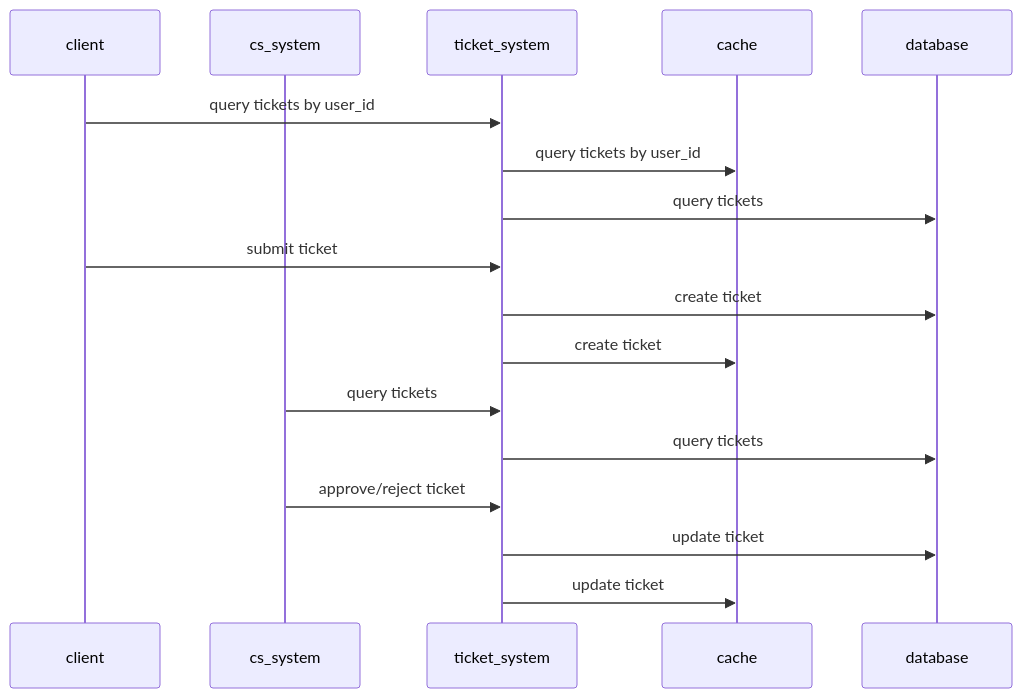
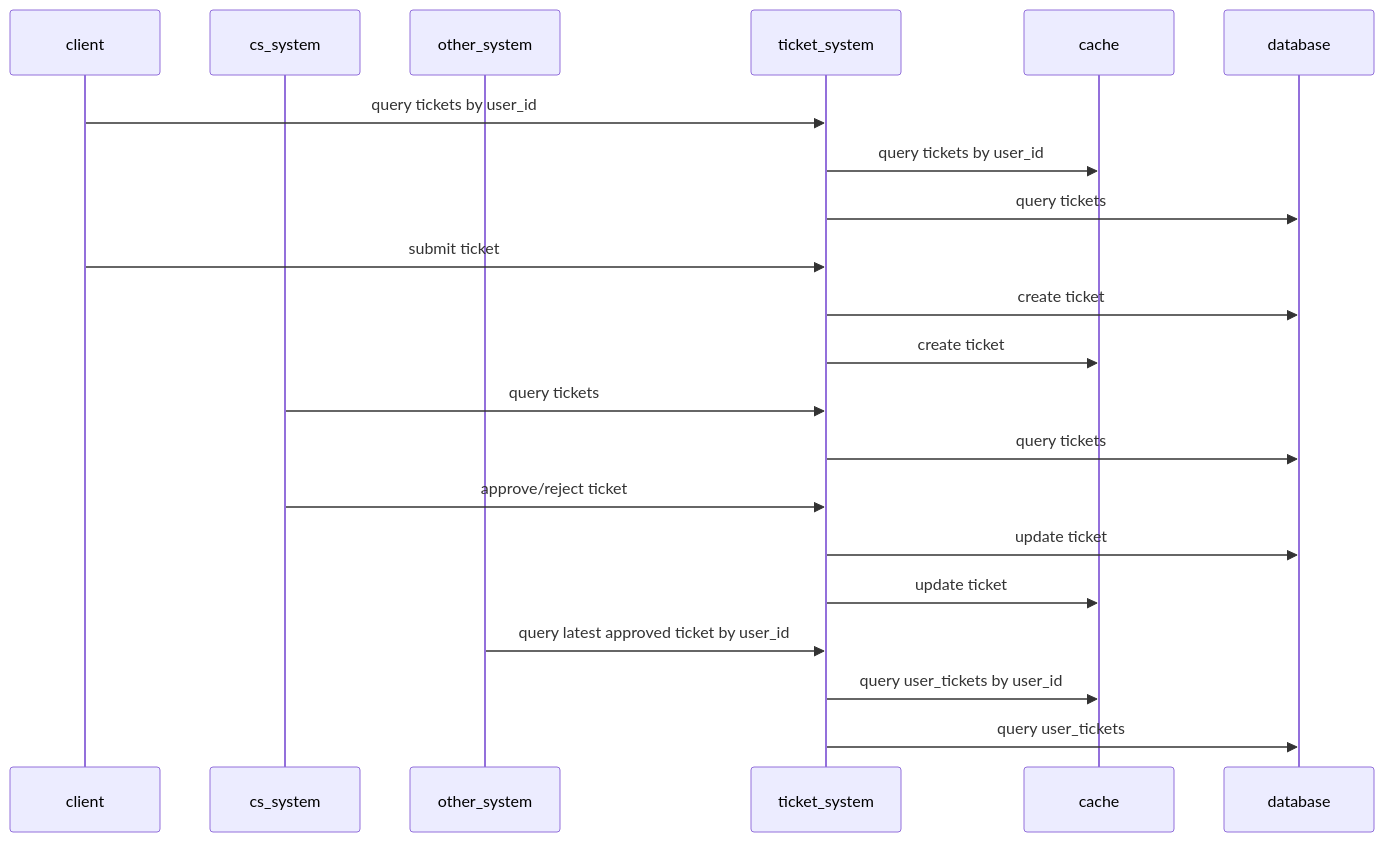
One commit to haunt98/posts-go changed the diagram in posts/2025-12-30-ticket-system.md. Above: the diagram before and after it, drawn with Mermaid. The commit also changed 3 other files, not shown here.

````diff
--- a/posts/2025-12-30-ticket-system.md
+++ b/posts/2025-12-30-ticket-system.md
@@ -52,23 +52,28 @@
 ```mermaid
 sequenceDiagram
     participant client
     participant cs_system
+    participant other_system
     participant ticket_system
     participant cache
     participant database
 
     client ->> ticket_system: query tickets by user_id
     ticket_system ->> cache: query tickets by user_id
     ticket_system ->> database: query tickets
 
     client ->> ticket_system: submit ticket
     ticket_system ->> database: create ticket
     ticket_system ->> cache: create ticket
 
     cs_system ->> ticket_system: query tickets
     ticket_system ->> database: query tickets
 
     cs_system ->> ticket_system: approve/reject ticket
     ticket_system ->> database: update ticket
     ticket_system ->> cache: update ticket
+
+    other_system ->> ticket_system: query latest approved ticket by user_id
+    ticket_system ->> cache: query user_tickets by user_id
+    ticket_system ->> database: query user_tickets
 ```
````
